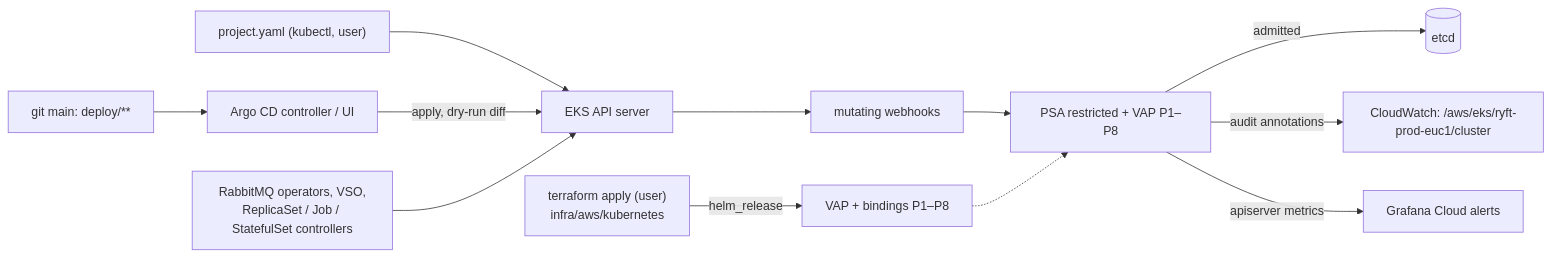
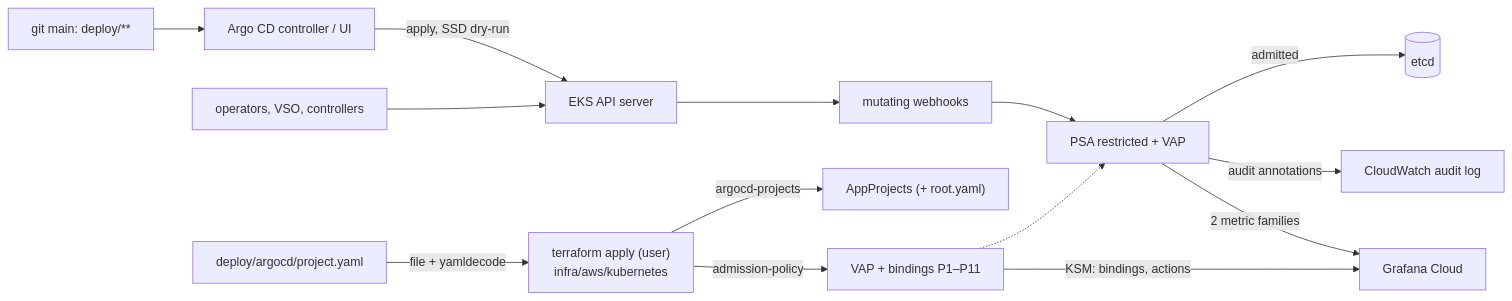
One commit to timkrebs/ryft-platform changed the diagram in docs/work/2026-10-23-admission/design.md. Above: the diagram before and after it, drawn with Mermaid. The commit also changed other lines of this file, not shown here.

First line of the commit message:
docs: admission design revision 2 after the security review (T12)

````diff
--- a/docs/work/2026-10-23-admission/design.md
+++ b/docs/work/2026-10-23-admission/design.md
@@ -144,13 +197,15 @@
 ```mermaid
 flowchart LR
-  TF["terraform apply (user)<br/>infra/aws/kubernetes"] -->|helm_release| POL["VAP + bindings P1–P8"]
+  TF["terraform apply (user)<br/>infra/aws/kubernetes"] -->|admission-policy| POL["VAP + bindings P1–P11"]
+  TF -->|argocd-projects| PRJ["AppProjects (+ root.yaml)"]
+  PF["deploy/argocd/project.yaml"] -->|file + yamldecode| TF
   GIT["git main: deploy/**"] --> ARGO["Argo CD controller / UI"]
-  PROJ["project.yaml (kubectl, user)"] --> API
-  ARGO -->|apply, dry-run diff| API["EKS API server"]
-  CTRL["RabbitMQ operators, VSO,<br/>ReplicaSet / Job / StatefulSet controllers"] --> API
-  API --> MUT["mutating webhooks"] --> VAL["PSA restricted + VAP P1–P8"]
+  ARGO -->|apply, SSD dry-run| API["EKS API server"]
+  CTRL["operators, VSO, controllers"] --> API
+  API --> MUT["mutating webhooks"] --> VAL["PSA restricted + VAP"]
   POL -.-> VAL
   VAL -->|admitted| ETCD[("etcd")]
-  VAL -->|audit annotations| CW["CloudWatch: /aws/eks/ryft-prod-euc1/cluster"]
-  VAL -->|apiserver metrics| GC["Grafana Cloud alerts"]
+  VAL -->|audit annotations| CW["CloudWatch audit log"]
+  VAL -->|2 metric families| GC["Grafana Cloud"]
+  POL -->|KSM: bindings, actions| GC
 ```
````
